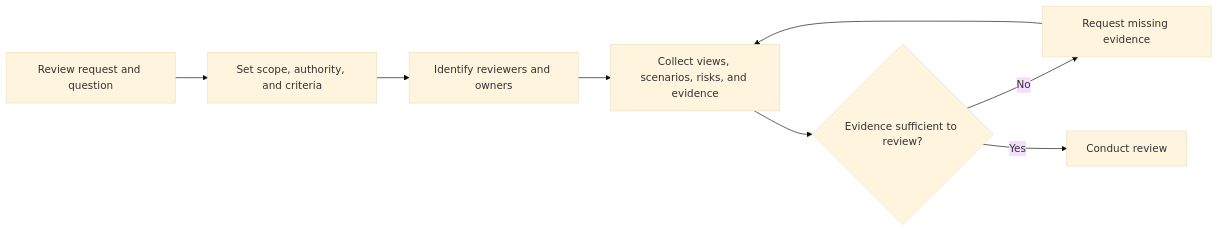
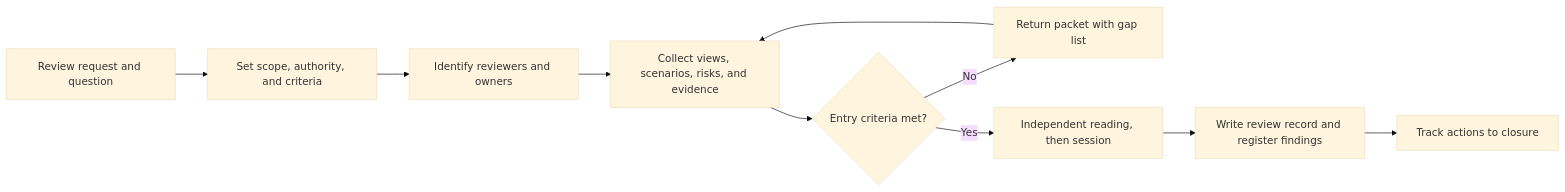
The second of 7 diagrams in 21_Architecture_Documentation/CH11_Architecture_Reviews.md (joydasss/Architect), drawn with Mermaid (base theme) before and after one commit. The commit also changed other lines of this file and 22 other files, not shown here.

Commit message:
Architecture changes

````diff
--- a/21_Architecture_Documentation/CH11_Architecture_Reviews.md
+++ b/21_Architecture_Documentation/CH11_Architecture_Reviews.md
@@ -11,10 +88,12 @@
 ```mermaid
 flowchart LR
     Request[Review request and question] --> Scope[Set scope, authority, and criteria]
     Scope --> Participants[Identify reviewers and owners]
     Participants --> Packet[Collect views, scenarios, risks, and evidence]
-    Packet --> Readiness{Evidence sufficient to review?}
-    Readiness -->|No| Gap[Request missing evidence]
+    Packet --> Readiness{Entry criteria met?}
+    Readiness -->|No| Gap[Return packet with gap list]
     Gap --> Packet
-    Readiness -->|Yes| Session[Conduct review]
+    Readiness -->|Yes| Session[Independent reading, then session]
+    Session --> Record[Write review record and register findings]
+    Record --> Follow[Track actions to closure]
 ```
````
